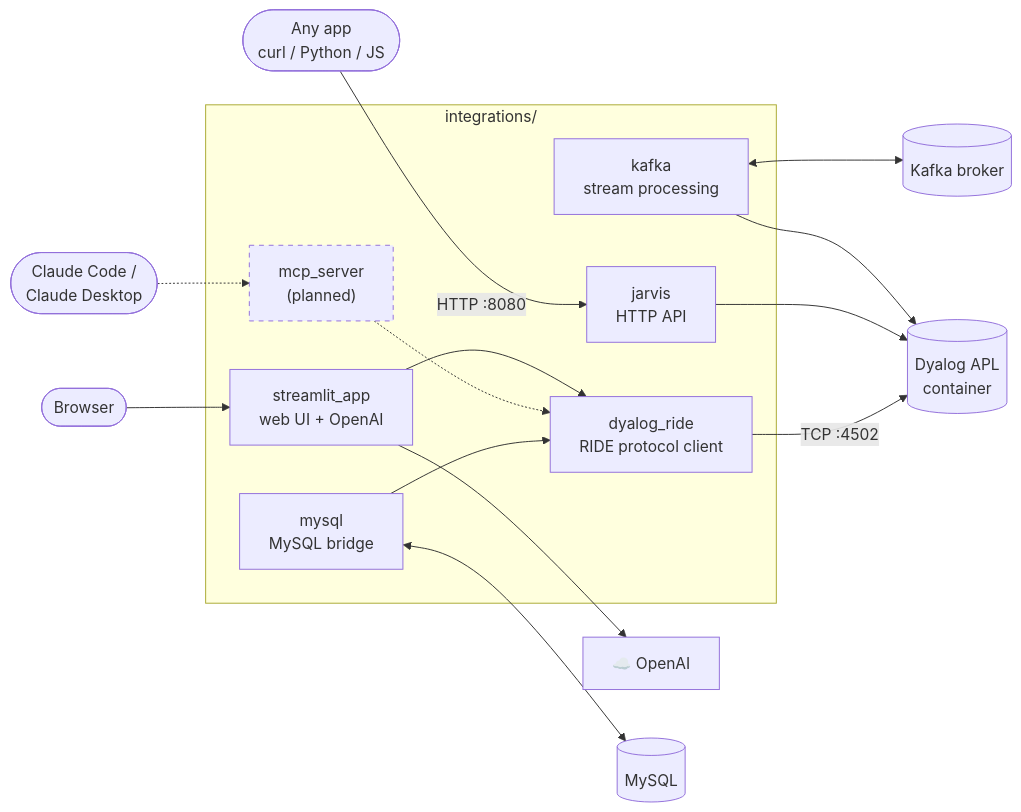
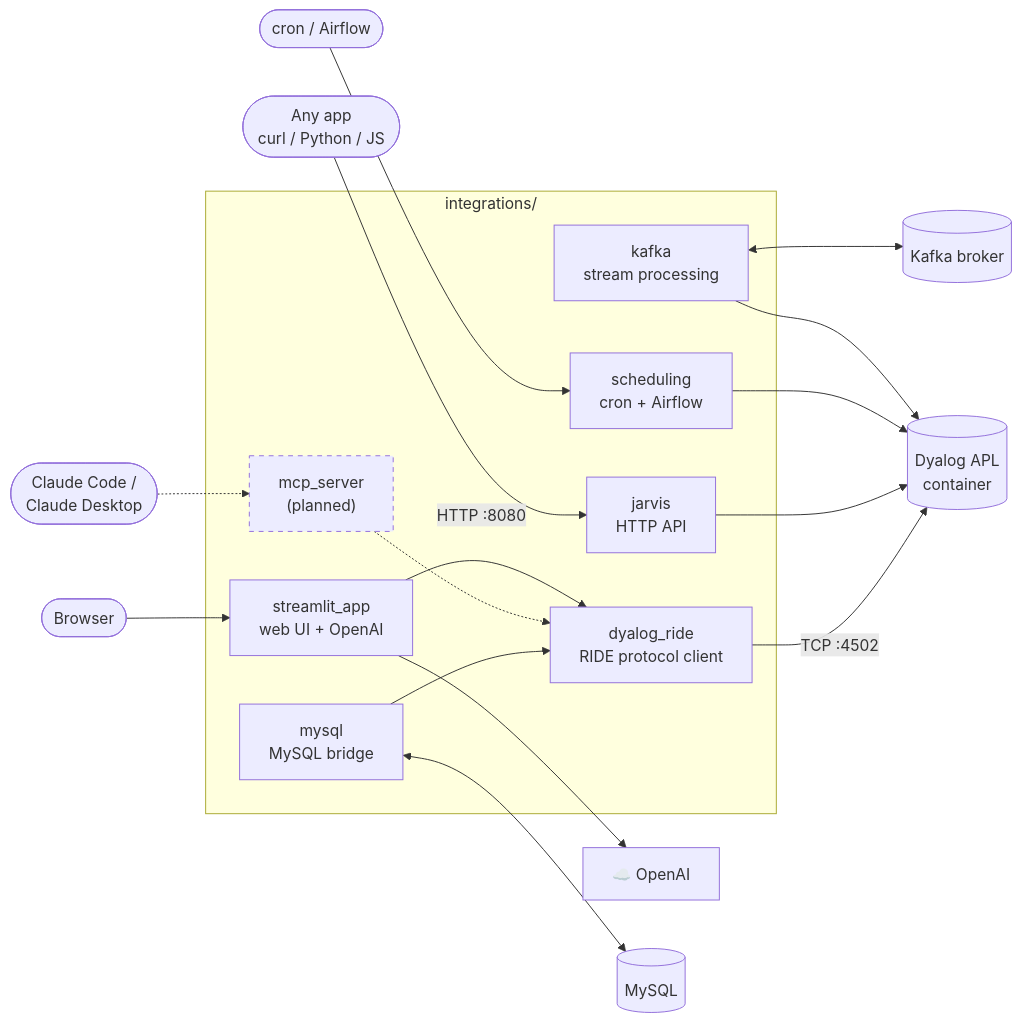
Before and after one commit to wshamim1/dyalog-apl-lab: the diagram in integrations/README.md, drawn with Mermaid. The commit also changed other lines of this file and 17 other files, not shown here.

Commit message:
added cron and airflow scheduler to invoke APL code

````diff
--- a/integrations/README.md
+++ b/integrations/README.md
@@ -20,27 +22,30 @@
 ```mermaid
 flowchart LR
     subgraph integrations["integrations/"]
         st["streamlit_app<br/>web UI + OpenAI"]
         mcp["mcp_server<br/>(planned)"]:::planned
         kafka["kafka<br/>stream processing"]
+        sched["scheduling<br/>cron + Airflow"]
         mysqlint["mysql<br/>MySQL bridge"]
         jarvis["jarvis<br/>HTTP API"]
         ride["dyalog_ride<br/>RIDE protocol client"]
     end
 
     browser(["Browser"]) --> st
     llmclients(["Claude Code /<br/>Claude Desktop"]) -.-> mcp
     kafka <--> topics[("Kafka broker")]
+    cronaf(["cron / Airflow"]) --> sched
     st --> openai["☁️ OpenAI"]
     mysqlint <--> mysqldb[("MySQL")]
 
     st --> ride
     mcp -.-> ride
     kafka --> dyalog
+    sched --> dyalog
     mysqlint --> ride
     apps(["Any app<br/>curl / Python / JS"]) -- "HTTP :8080" --> jarvis
     jarvis --> dyalog
     ride -- "TCP :4502" --> dyalog[("Dyalog APL<br/>container")]
 
     classDef planned stroke-dasharray: 5 5
 ```
````
